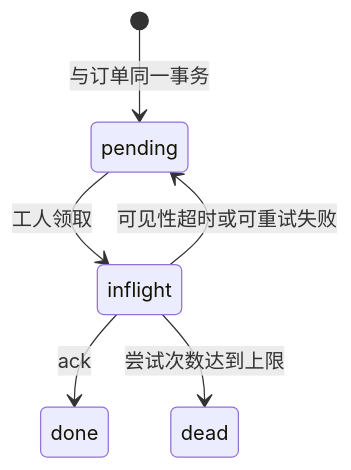
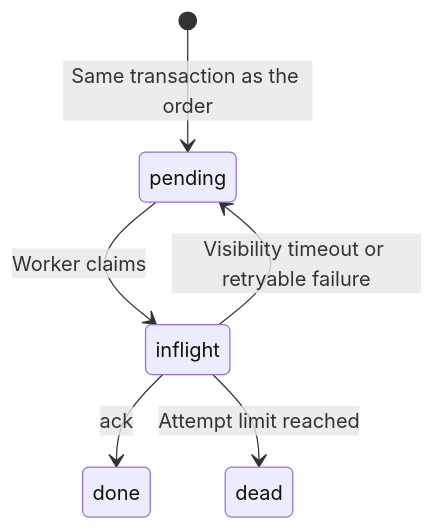
One commit to iamorangedad/OrangeDistributedSystem changed the seventh of 8 diagrams in docs/architecture.md. Above: the diagram before and after it, drawn with Mermaid. The commit also changed other lines of this file and 52 other files, not shown here.

````diff
--- a/docs/architecture.md
+++ b/docs/architecture.md
@@ -153,8 +153,8 @@
 ```mermaid
 stateDiagram-v2
-  [*] --> pending: 与订单同一事务
-  pending --> inflight: 工人领取
-  inflight --> pending: 可见性超时或可重试失败
+  [*] --> pending: Same transaction as the order
+  pending --> inflight: Worker claims
+  inflight --> pending: Visibility timeout or retryable failure
   inflight --> done: ack
-  inflight --> dead: 尝试次数达到上限
+  inflight --> dead: Attempt limit reached
 ```
````
